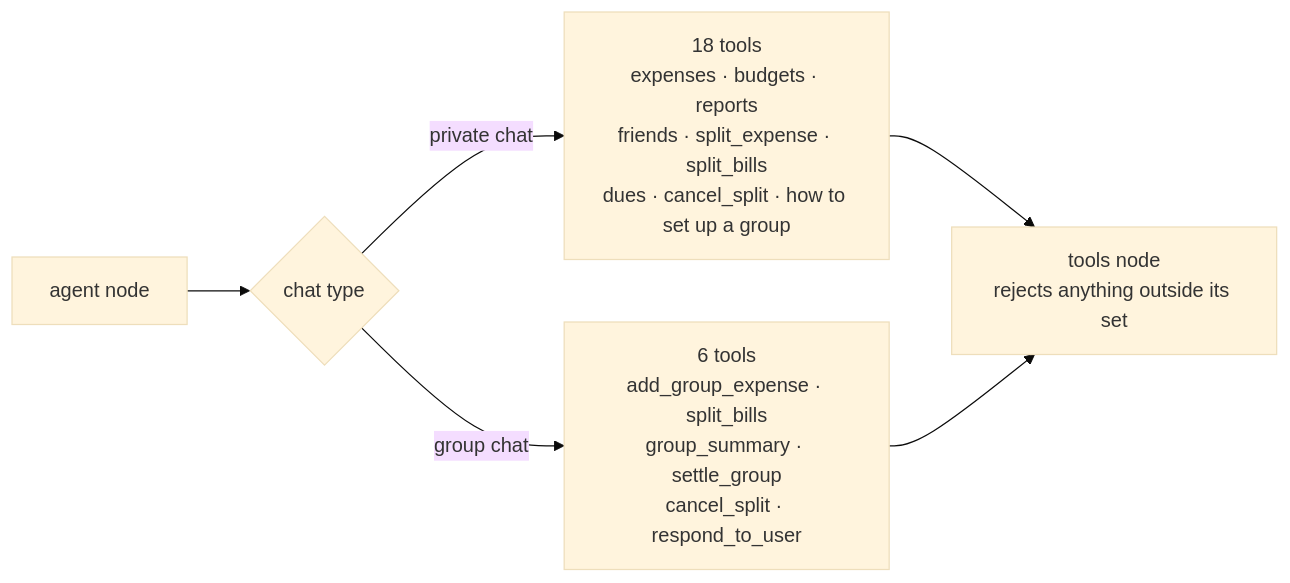
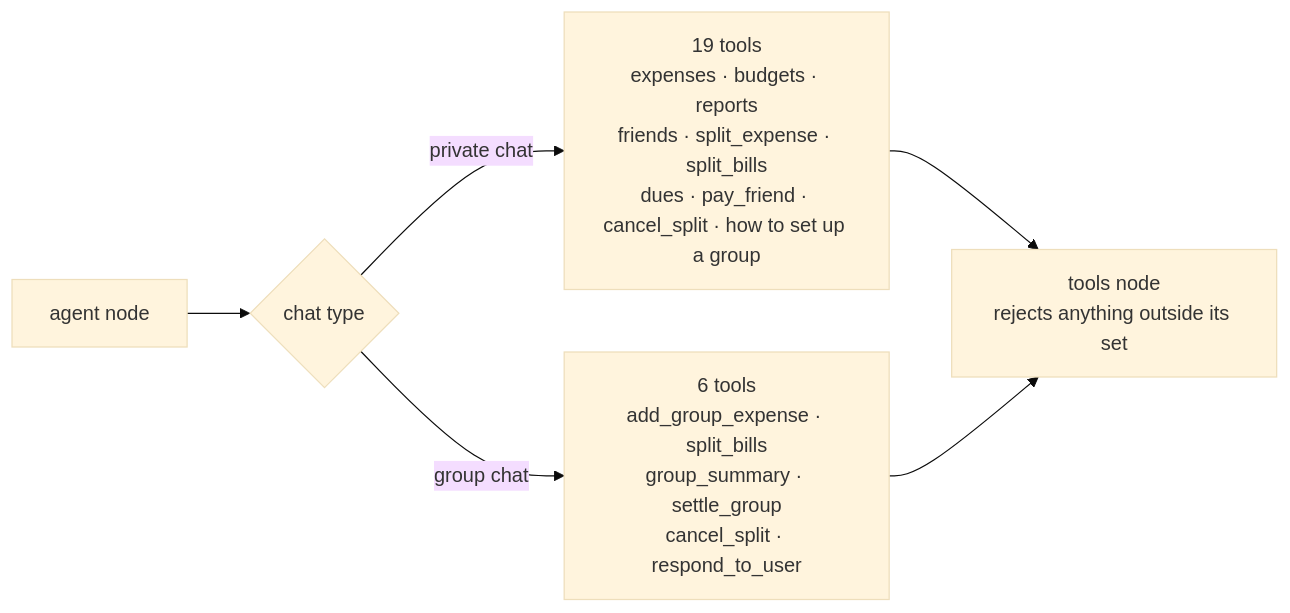
One commit to yeturu-surya-fission/Expense_Tracker changed the third of 6 diagrams in docs/STATE_GRAPH.md. Above: the diagram before and after it, drawn with Mermaid (base theme). The commit also changed other lines of this file and 7 other files, not shown here.

````diff
--- a/docs/STATE_GRAPH.md
+++ b/docs/STATE_GRAPH.md
@@ -77,8 +77,8 @@
 ```mermaid
 flowchart LR
     A["agent node"] --> CT{"chat type"}
-    CT -->|"private chat"| PT["18 tools<br/>expenses · budgets · reports<br/>friends · split_expense · split_bills<br/>dues · cancel_split · how to set up a group"]
+    CT -->|"private chat"| PT["19 tools<br/>expenses · budgets · reports<br/>friends · split_expense · split_bills<br/>dues · pay_friend · cancel_split · how to set up a group"]
     CT -->|"group chat"| GT["6 tools<br/>add_group_expense · split_bills<br/>group_summary · settle_group<br/>cancel_split · respond_to_user"]
     PT --> TN["tools node<br/>rejects anything outside its set"]
     GT --> TN
 ```
````
